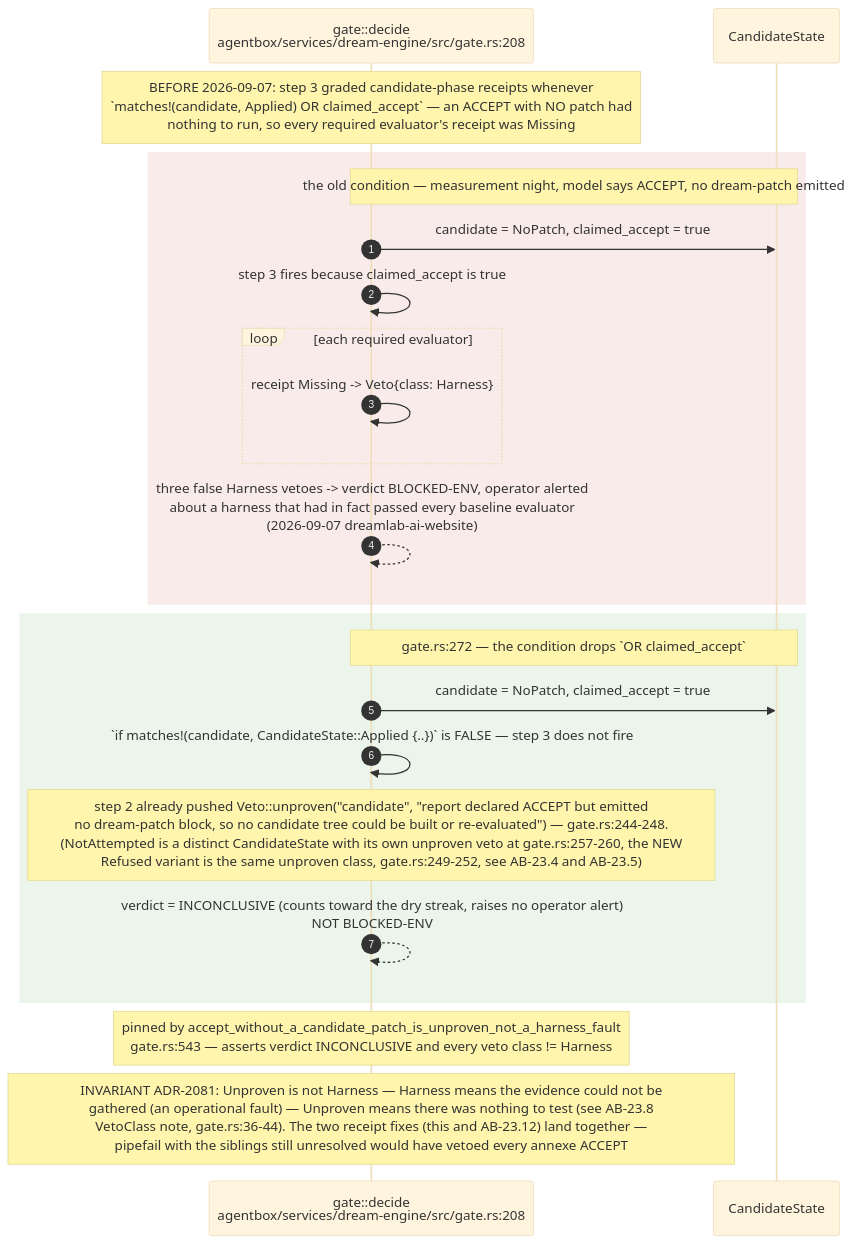
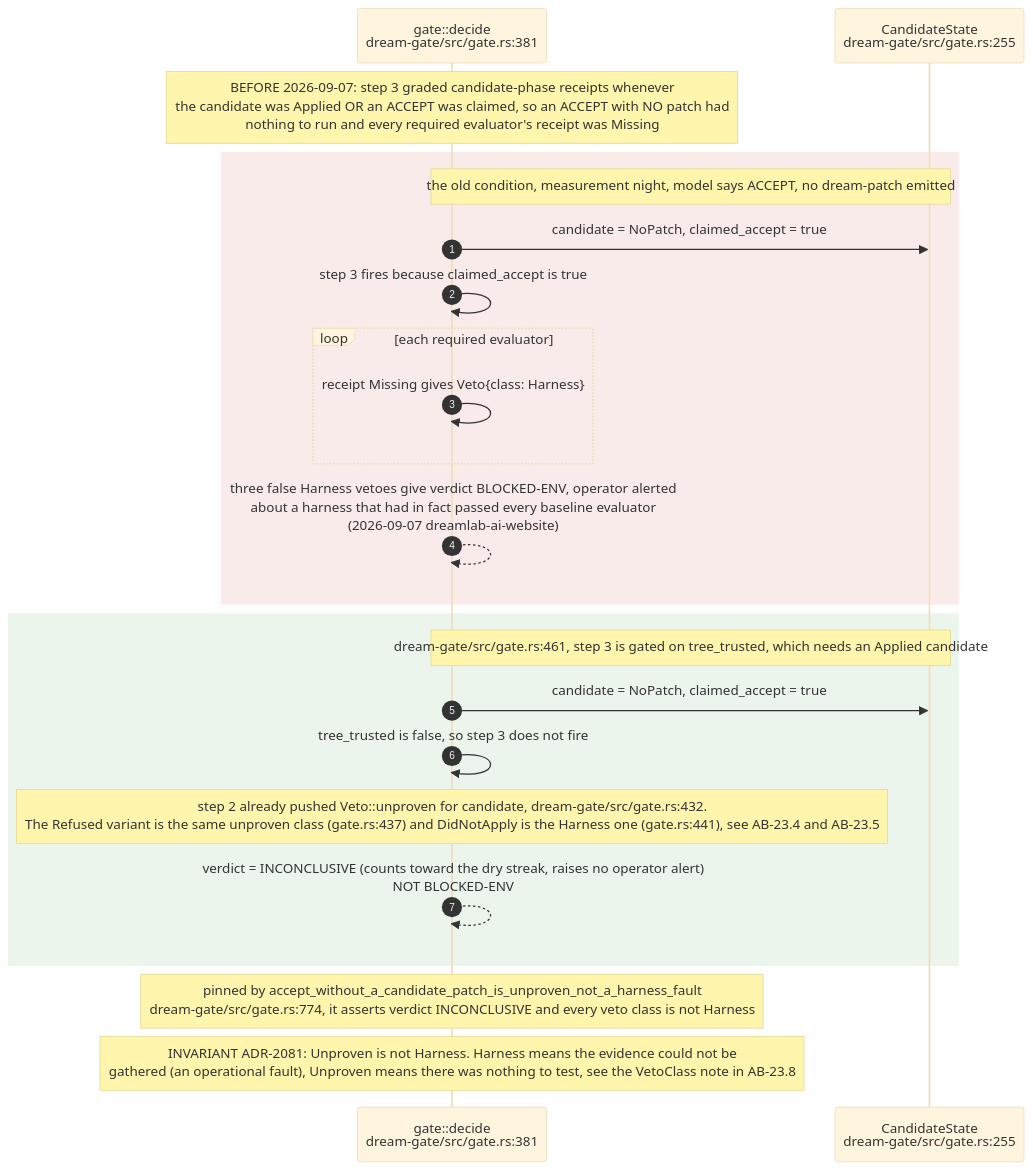
Diagram 13 of 20 in docs/diagrams/agentbox/23-dream-engine.md (DreamLab-AI/VisionFlow), drawn with Mermaid (base theme) before and after one commit. The commit also changed other lines of this file and 12 other files, not shown here.

First line of the commit message:
docs(diagrams): map the dream-engine extraction (AB-23, ES-05, ES-90, new DE area)

````diff
--- a/docs/diagrams/agentbox/23-dream-engine.md
+++ b/docs/diagrams/agentbox/23-dream-engine.md
@@ -765,26 +706,26 @@
 ```mermaid
 sequenceDiagram
     autonumber
-    participant G as gate::decide<br/>agentbox/services/dream-engine/src/gate.rs:208
-    participant C as CandidateState
+    participant G as gate::decide<br/>dream-gate/src/gate.rs:381
+    participant C as CandidateState<br/>dream-gate/src/gate.rs:255
 
-    Note over G: BEFORE 2026-09-07: step 3 graded candidate-phase receipts whenever<br/>`matches!(candidate, Applied) OR claimed_accept` — an ACCEPT with NO patch had<br/>nothing to run, so every required evaluator's receipt was Missing
+    Note over G: BEFORE 2026-09-07: step 3 graded candidate-phase receipts whenever<br/>the candidate was Applied OR an ACCEPT was claimed, so an ACCEPT with NO patch had<br/>nothing to run and every required evaluator's receipt was Missing
     rect rgb(250,235,235)
-        Note over G,C: the old condition — measurement night, model says ACCEPT, no dream-patch emitted
+        Note over G,C: the old condition, measurement night, model says ACCEPT, no dream-patch emitted
         G->>C: candidate = NoPatch, claimed_accept = true
         G->>G: step 3 fires because claimed_accept is true
         loop each required evaluator
-            G->>G: receipt Missing -> Veto{class: Harness}
+            G->>G: receipt Missing gives Veto{class: Harness}
         end
-        G-->>G: three false Harness vetoes -> verdict BLOCKED-ENV, operator alerted<br/>about a harness that had in fact passed every baseline evaluator<br/>#40;2026-09-07 dreamlab-ai-website#41;
+        G-->>G: three false Harness vetoes give verdict BLOCKED-ENV, operator alerted<br/>about a harness that had in fact passed every baseline evaluator<br/>(2026-09-07 dreamlab-ai-website)
     end
     rect rgb(235,245,235)
-        Note over G,C: gate.rs:272 — the condition drops `OR claimed_accept`
+        Note over G,C: dream-gate/src/gate.rs:461, step 3 is gated on tree_trusted, which needs an Applied candidate
         G->>C: candidate = NoPatch, claimed_accept = true
-        G->>G: `if matches!#40;candidate, CandidateState::Applied {..}#41;` is FALSE — step 3 does not fire
-        Note over G: step 2 already pushed Veto::unproven#40;"candidate", "report declared ACCEPT but emitted<br/>no dream-patch block, so no candidate tree could be built or re-evaluated"#41; — gate.rs:244-248.<br/>#40;NotAttempted is a distinct CandidateState with its own unproven veto at gate.rs:257-260, the NEW<br/>Refused variant is the same unproven class, gate.rs:249-252, see AB-23.4 and AB-23.5#41;
-        G-->>G: verdict = INCONCLUSIVE #40;counts toward the dry streak, raises no operator alert#41;<br/>NOT BLOCKED-ENV
+        G->>G: tree_trusted is false, so step 3 does not fire
+        Note over G: step 2 already pushed Veto::unproven for candidate, dream-gate/src/gate.rs:432.<br/>The Refused variant is the same unproven class (gate.rs:437) and DidNotApply is the Harness one (gate.rs:441), see AB-23.4 and AB-23.5
+        G-->>G: verdict = INCONCLUSIVE (counts toward the dry streak, raises no operator alert)<br/>NOT BLOCKED-ENV
     end
-    Note over G: pinned by accept_without_a_candidate_patch_is_unproven_not_a_harness_fault<br/>gate.rs:543 — asserts verdict INCONCLUSIVE and every veto class != Harness
-    Note over G: INVARIANT ADR-2081: Unproven is not Harness — Harness means the evidence could not be<br/>gathered #40;an operational fault#41; — Unproven means there was nothing to test #40;see AB-23.8<br/>VetoClass note, gate.rs:36-44#41;. The two receipt fixes #40;this and AB-23.12#41; land together —<br/>pipefail with the siblings still unresolved would have vetoed every annexe ACCEPT
+    Note over G: pinned by accept_without_a_candidate_patch_is_unproven_not_a_harness_fault<br/>dream-gate/src/gate.rs:774, it asserts verdict INCONCLUSIVE and every veto class is not Harness
+    Note over G: INVARIANT ADR-2081: Unproven is not Harness. Harness means the evidence could not be<br/>gathered (an operational fault), Unproven means there was nothing to test, see the VetoClass note in AB-23.8
 ```
````
